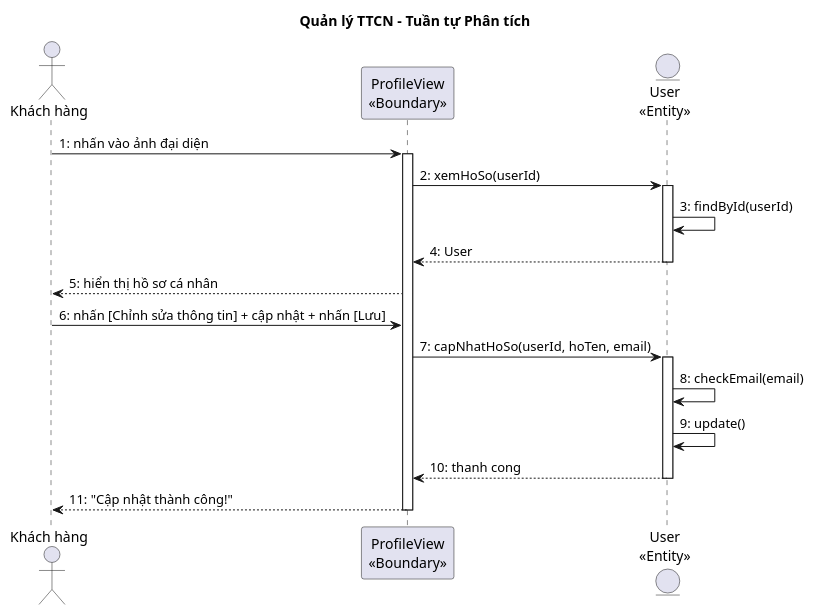
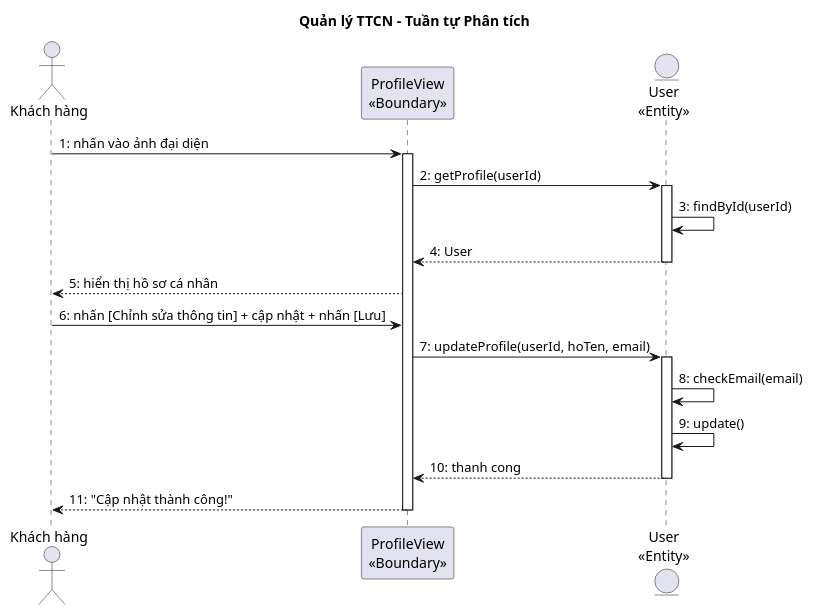
The fourth of 5 diagrams in docs/tabs/section-account-ii.md (thanhtrnnn/cnpm), drawn with PlantUML before and after one commit. The commit also changed other lines of this file and 7 other files, not shown here.

````diff
--- a/docs/tabs/section-account-ii.md
+++ b/docs/tabs/section-account-ii.md
@@ -394,27 +394,27 @@
 ```plantuml
 @startuml
 title Quản lý TTCN – Tuần tự Phân tích
 
 actor "Khách hàng" as KH
 participant "ProfileView\n<<Boundary>>" as B1
 entity "User\n<<Entity>>" as E1
 
 KH -> B1 : 1: nhấn vào ảnh đại diện
 activate B1
-B1 -> E1 : 2: xemHoSo(userId)
+B1 -> E1 : 2: getProfile(userId)
 activate E1
 E1 -> E1 : 3: findById(userId)
 E1 --> B1 : 4: User
 deactivate E1
 B1 --> KH : 5: hiển thị hồ sơ cá nhân
 KH -> B1 : 6: nhấn [Chỉnh sửa thông tin] + cập nhật + nhấn [Lưu]
-B1 -> E1 : 7: capNhatHoSo(userId, hoTen, email)
+B1 -> E1 : 7: updateProfile(userId, hoTen, email)
 activate E1
 E1 -> E1 : 8: checkEmail(email)
 E1 -> E1 : 9: update()
 E1 --> B1 : 10: thanh cong
 deactivate E1
 B1 --> KH : 11: "Cập nhật thành công!"
 deactivate B1
 @enduml
 ```
````
